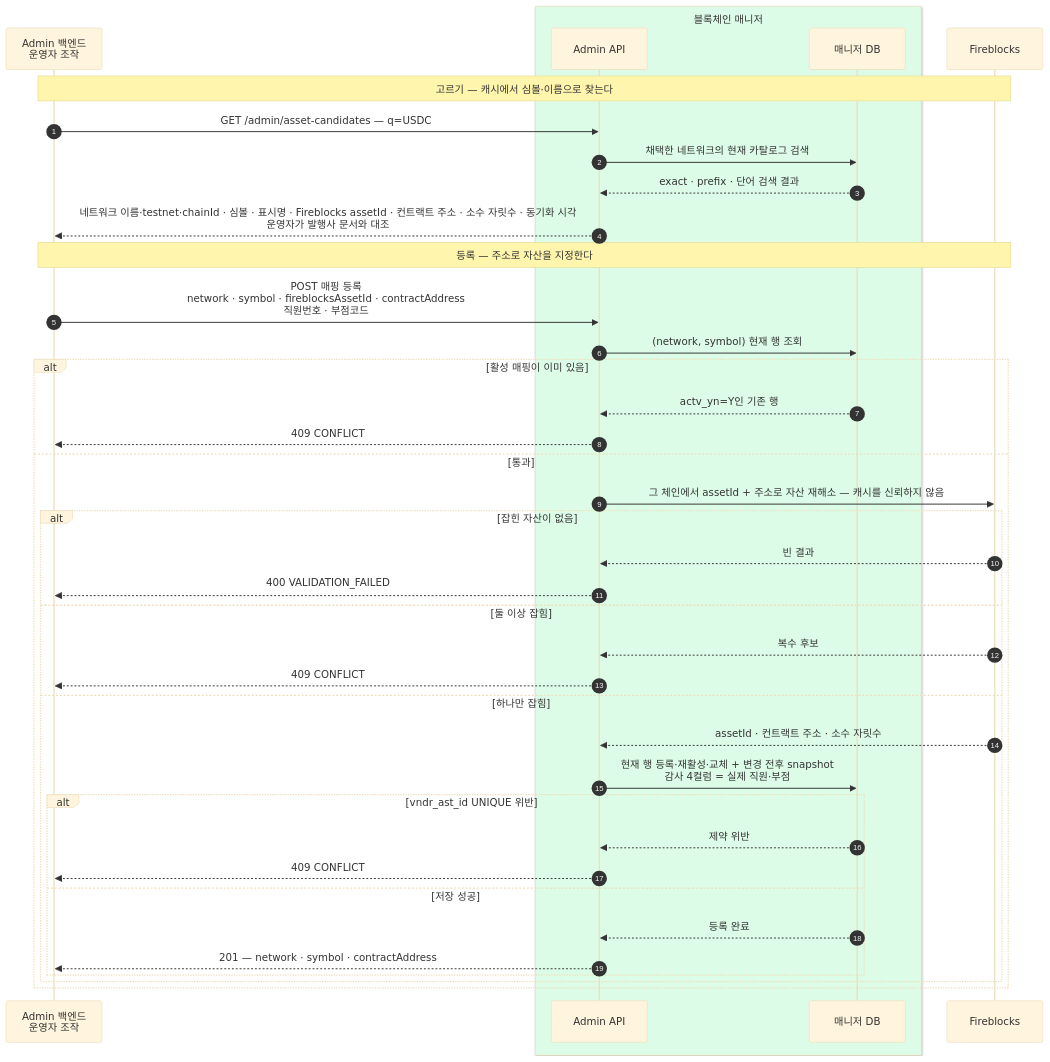
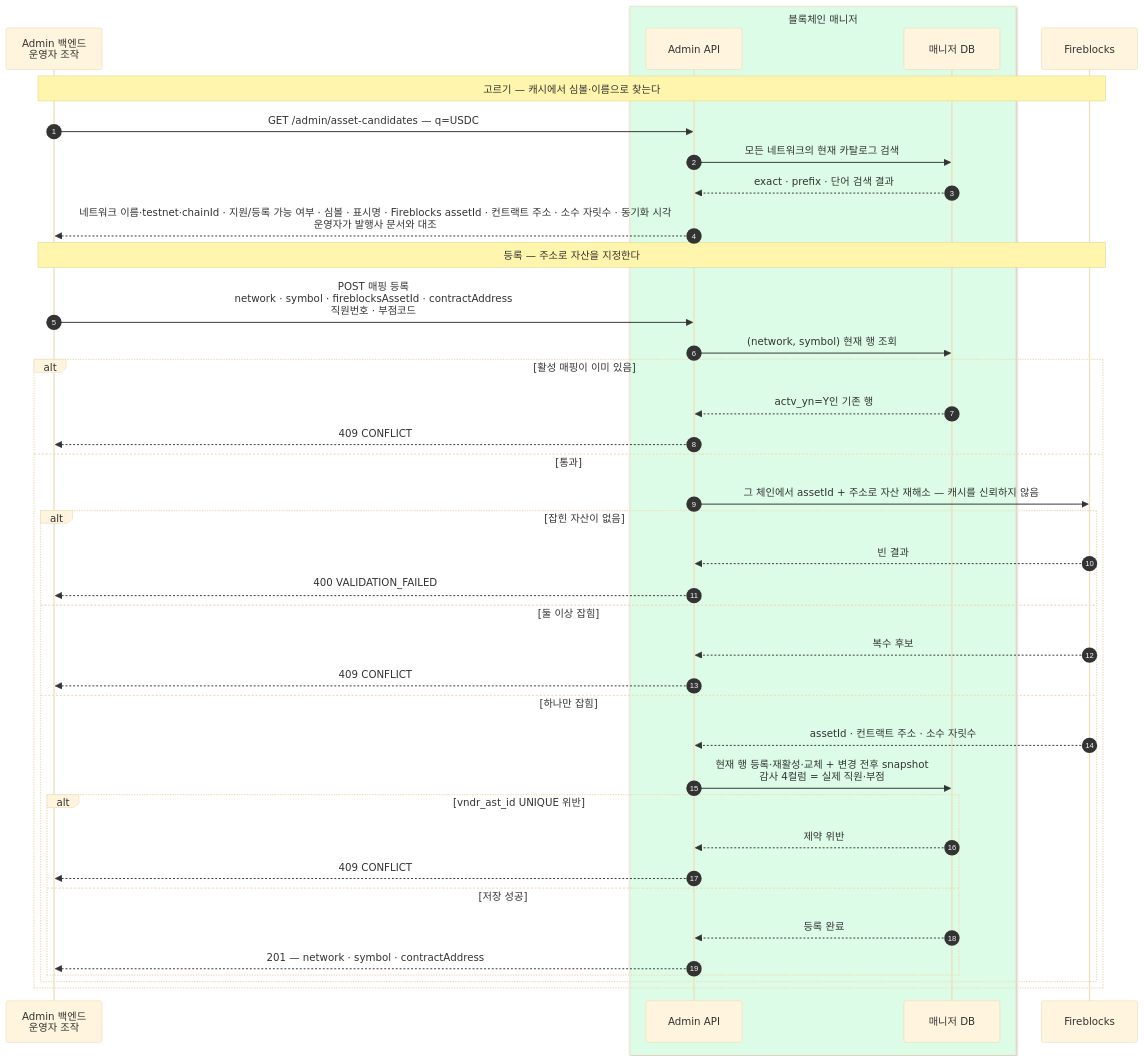
The diagram in docs/design/07-asset-master.md (eunsujeo/fireblocks-test), drawn with Mermaid (base theme) before and after one commit. The commit also changed other lines of this file and 7 other files, not shown here.

Commit message:
전체 자산 카탈로그 동기화 계약 테스트를 추가한다

````diff
--- a/docs/design/07-asset-master.md
+++ b/docs/design/07-asset-master.md
@@ -180,43 +186,43 @@
 ```mermaid
 sequenceDiagram
     autonumber
     participant ADM as Admin 백엔드<br/>운영자 조작
     box rgb(220,252,231) 블록체인 매니저
     participant API as Admin API
     participant MDB as 매니저 DB
     end
     participant FB as Fireblocks
 
     Note over ADM,FB: 고르기 — 캐시에서 심볼·이름으로 찾는다
     ADM->>API: GET /admin/asset-candidates — q=USDC
-    API->>MDB: 채택한 네트워크의 현재 카탈로그 검색
+    API->>MDB: 모든 네트워크의 현재 카탈로그 검색
     MDB-->>API: exact · prefix · 단어 검색 결과
-    API-->>ADM: 네트워크 이름·testnet·chainId · 심볼 · 표시명 · Fireblocks assetId · 컨트랙트 주소 · 소수 자릿수 · 동기화 시각<br/>운영자가 발행사 문서와 대조
+    API-->>ADM: 네트워크 이름·testnet·chainId · 지원/등록 가능 여부 · 심볼 · 표시명 · Fireblocks assetId · 컨트랙트 주소 · 소수 자릿수 · 동기화 시각<br/>운영자가 발행사 문서와 대조
 
     Note over ADM,FB: 등록 — 주소로 자산을 지정한다
     ADM->>API: POST 매핑 등록<br/>network · symbol · fireblocksAssetId · contractAddress<br/>직원번호 · 부점코드
     API->>MDB: (network, symbol) 현재 행 조회
     alt 활성 매핑이 이미 있음
         MDB-->>API: actv_yn=Y인 기존 행
         API-->>ADM: 409 CONFLICT
     else 통과
         API->>FB: 그 체인에서 assetId + 주소로 자산 재해소 — 캐시를 신뢰하지 않음
         alt 잡힌 자산이 없음
             FB-->>API: 빈 결과
             API-->>ADM: 400 VALIDATION_FAILED
         else 둘 이상 잡힘
             FB-->>API: 복수 후보
             API-->>ADM: 409 CONFLICT
         else 하나만 잡힘
             FB-->>API: assetId · 컨트랙트 주소 · 소수 자릿수
             API->>MDB: 현재 행 등록·재활성·교체 + 변경 전후 snapshot<br/>감사 4컬럼 = 실제 직원·부점
             alt vndr_ast_id UNIQUE 위반
                 MDB-->>API: 제약 위반
                 API-->>ADM: 409 CONFLICT
             else 저장 성공
                 MDB-->>API: 등록 완료
                 API-->>ADM: 201 — network · symbol · contractAddress
             end
         end
     end
 ```
````
